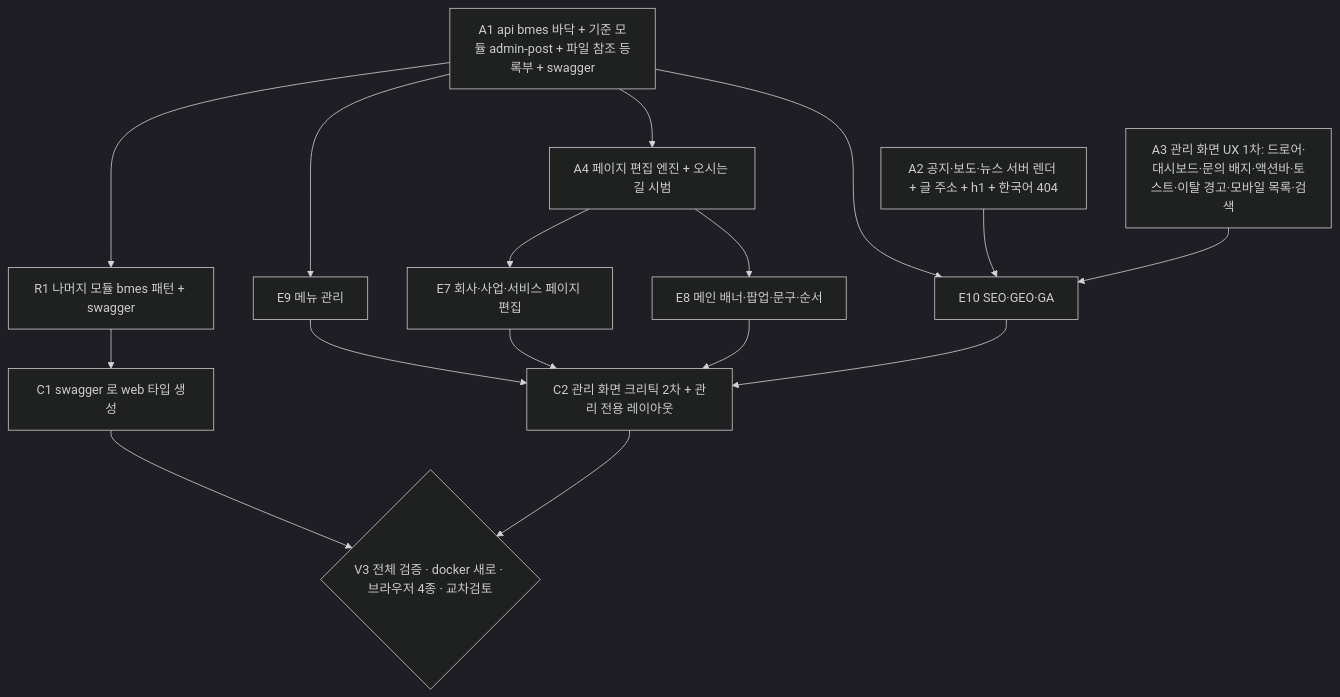
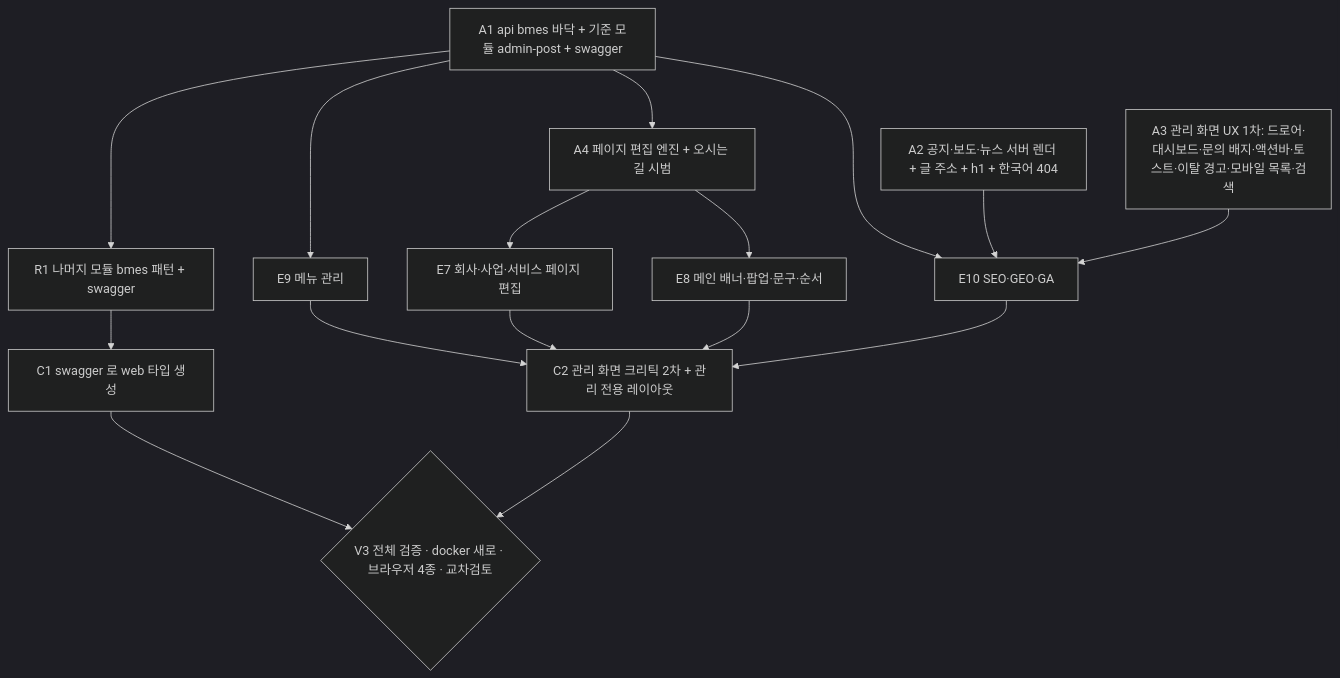
One commit to drvalue/drvalue-home changed the diagram in graph-state.md. Above: the diagram before and after it, drawn with Mermaid (dark theme). The commit also changed other lines of this file, not shown here.

Commit message:
graph-state: P0 완료 · 파일 참조 등록부 제외 · 마이그레이션 번호 · A3b

````diff
--- a/graph-state.md
+++ b/graph-state.md
@@ -45,21 +45,21 @@
 ```mermaid
 graph TD
-  A1[A1 api bmes 바닥 + 기준 모듈 admin-post + 파일 참조 등록부 + swagger]
+  A1[A1 api bmes 바닥 + 기준 모듈 admin-post + swagger]
   A2[A2 공지·보도·뉴스 서버 렌더 + 글 주소 + h1 + 한국어 404]
   A3[A3 관리 화면 UX 1차: 드로어·대시보드·문의 배지·액션바·토스트·이탈 경고·모바일 목록·검색]
   A1 --> A4[A4 페이지 편집 엔진 + 오시는 길 시범]
   A1 --> E9[E9 메뉴 관리]
   A1 --> E10[E10 SEO·GEO·GA]
   A2 --> E10
   A3 --> E10
   A1 --> R1[R1 나머지 모듈 bmes 패턴 + swagger]
   A4 --> E7[E7 회사·사업·서비스 페이지 편집]
   A4 --> E8[E8 메인 배너·팝업·문구·순서]
   E9 --> C2[C2 관리 화면 크리틱 2차 + 관리 전용 레이아웃]
   E7 --> C2
   E8 --> C2
   E10 --> C2
   R1 --> C1[C1 swagger 로 web 타입 생성]
   C1 --> V3{V3 전체 검증 · docker 새로 · 브라우저 4종 · 교차검토}
   C2 --> V3
 ```
````
